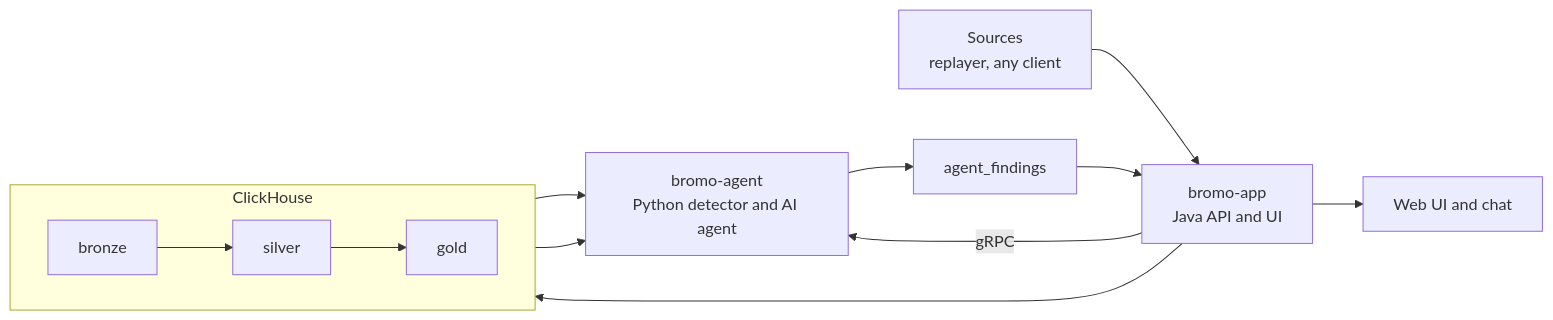
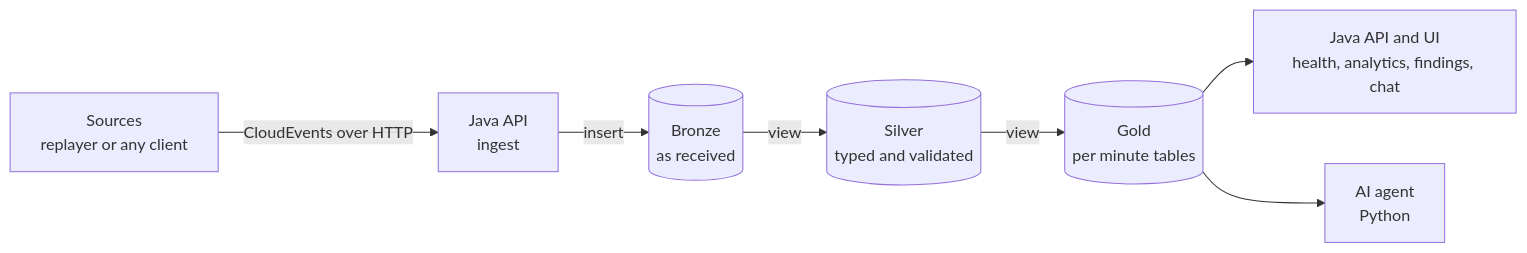
The diagram in README.md (raihanpka/streaming-elt-clickhouse-with-ai), drawn with Mermaid before and after one commit. The commit also changed other lines of this file and 1 other file, not shown here.

Commit message:
docs(docs): redraw the architecture diagrams without crossing lines

````diff
--- a/README.md
+++ b/README.md
@@ -32,18 +32,9 @@
 ```mermaid
 flowchart LR
-    S[Sources<br/>replayer, any client] --> A[bromo-app<br/>Java API and UI]
-    A --> W
-
-    subgraph W["ClickHouse"]
-        direction LR
-        BR[bronze] --> SI[silver] --> GO[gold]
-    end
-
-    AG[bromo-agent<br/>Python detector and AI agent]
-    GO --> AG
-    SI --> AG
-    AG --> FD[agent_findings]
-    FD --> A
-    A -->|gRPC| AG
-    A --> U[Web UI and chat]
+    S["Sources<br/>replayer or any client"] -->|CloudEvents over HTTP| IN["Java API<br/>ingest"]
+    IN -->|insert| BR[("Bronze<br/>as received")]
+    BR -->|view| SI[("Silver<br/>typed and validated")]
+    SI -->|view| GO[("Gold<br/>per minute tables")]
+    GO --> API["Java API and UI<br/>health, analytics, findings, chat"]
+    GO --> AG["AI agent<br/>Python"]
 ```
````
